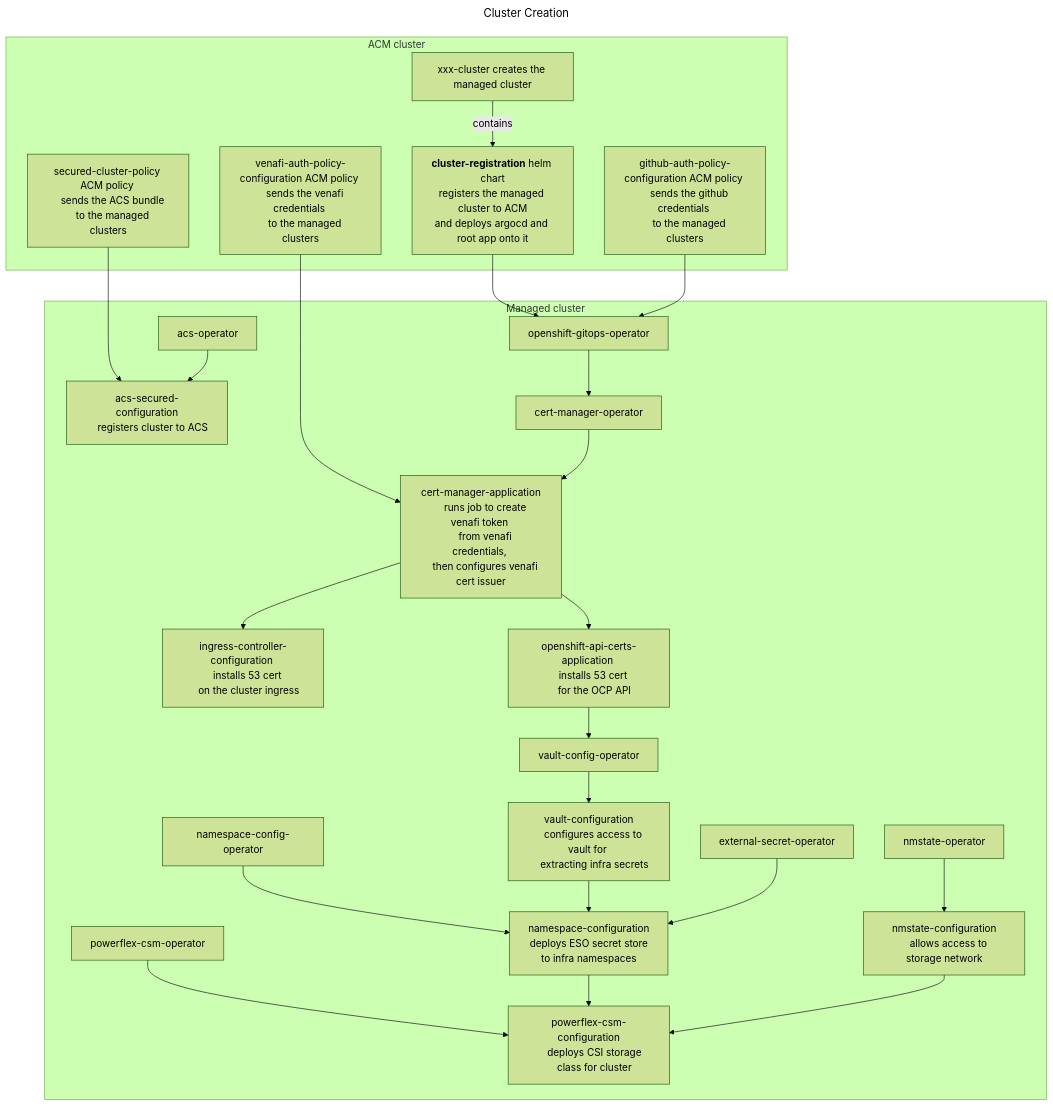
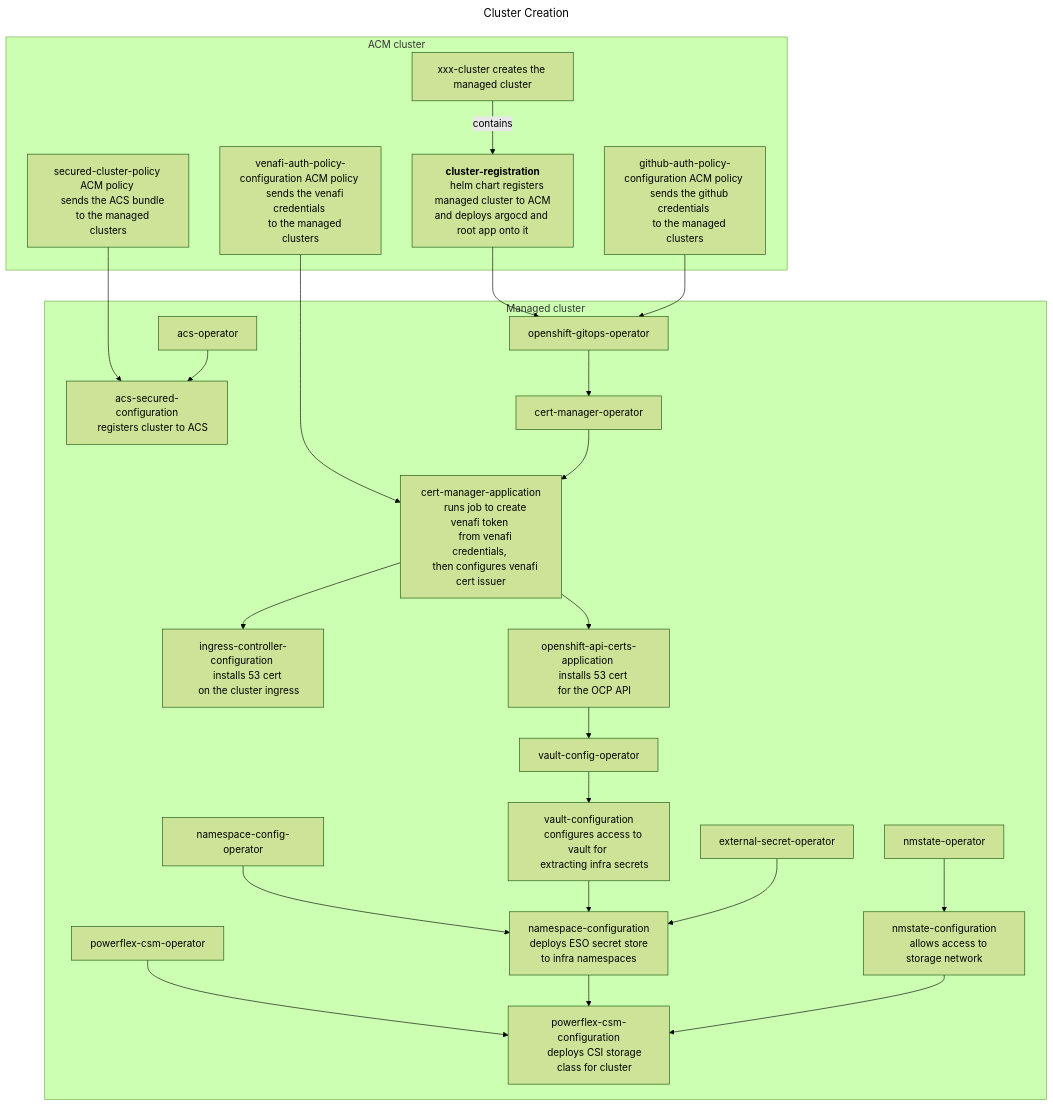
One commit to mmwillingham/acm changed the diagram in test-mermaid/test-mermaid.build.md. Above: the diagram before and after it, drawn with Mermaid (forest theme).

````diff
--- a/test-mermaid/test-mermaid.build.md
+++ b/test-mermaid/test-mermaid.build.md
@@ -2,65 +2,65 @@
 ```mermaid
 ---
 title: Cluster Creation
 ---
 flowchart TD
     venafi-auth-policy-configuration --> cert-manager-application
     cluster-registration --> openshift-gitops-operator
     github-auth-policy-configuration --> openshift-gitops-operator
     secured-cluster-policy --> acs-secured-configuration
 
   subgraph "ACM cluster"
-    xxx-cluster["xxx-cluster creates the managed cluster"] -- contains --> cluster-registration["<b>cluster-registration</b> helm chart
-registers the managed cluster to ACM
+    xxx-cluster["xxx-cluster creates the managed cluster"] -- contains --> cluster-registration["<b>cluster-registration</b>
+    helm chart registers managed cluster to ACM
 and deploys argocd and root app onto it"]
     venafi-auth-policy-configuration["venafi-auth-policy-configuration ACM policy 
     sends the venafi credentials 
     to the managed clusters"]
     github-auth-policy-configuration["github-auth-policy-configuration ACM policy 
     sends the github credentials 
     to the managed clusters"]
     secured-cluster-policy["secured-cluster-policy ACM policy 
     sends the ACS bundle 
     to the managed clusters"]
   end
 
   subgraph "Managed cluster"
     openshift-gitops-operator --> cert-manager-operator
     cert-manager-operator --> cert-manager-application["cert-manager-application
     runs job to create venafi token 
     from venafi credentials, 
     then configures venafi cert issuer"]
     cert-manager-application --> ingress-controller-configuration["ingress-controller-configuration 
     installs 53 cert 
     on the cluster ingress"]
     cert-manager-application --> openshift-api-certs-application["openshift-api-certs-application 
     installs 53 cert 
     for the OCP API"]
     openshift-api-certs-application --> vault-config-operator
     vault-config-operator --> vault-configuration["vault-configuration
     configures access to vault for 
     extracting infra secrets"]
     nmstate-operator --> nmstate-configuration["nmstate-configuration
     allows access to storage network"]
     namespace-config-operator --> namespace-configuration["namespace-configuration
     deploys ESO secret store 
     to infra namespaces"]
     vault-configuration --> namespace-configuration
     external-secret-operator --> namespace-configuration
     powerflex-csm-operator --> powerflex-csm-configuration["powerflex-csm-configuration
     deploys CSI storage
     class for cluster"]
     namespace-configuration --> powerflex-csm-configuration
     nmstate-configuration --> powerflex-csm-configuration
     acs-operator --> acs-secured-configuration["acs-secured-configuration
     registers cluster to ACS"] 
   end
 
 
 
 
 
 
 
 
 ```
````
